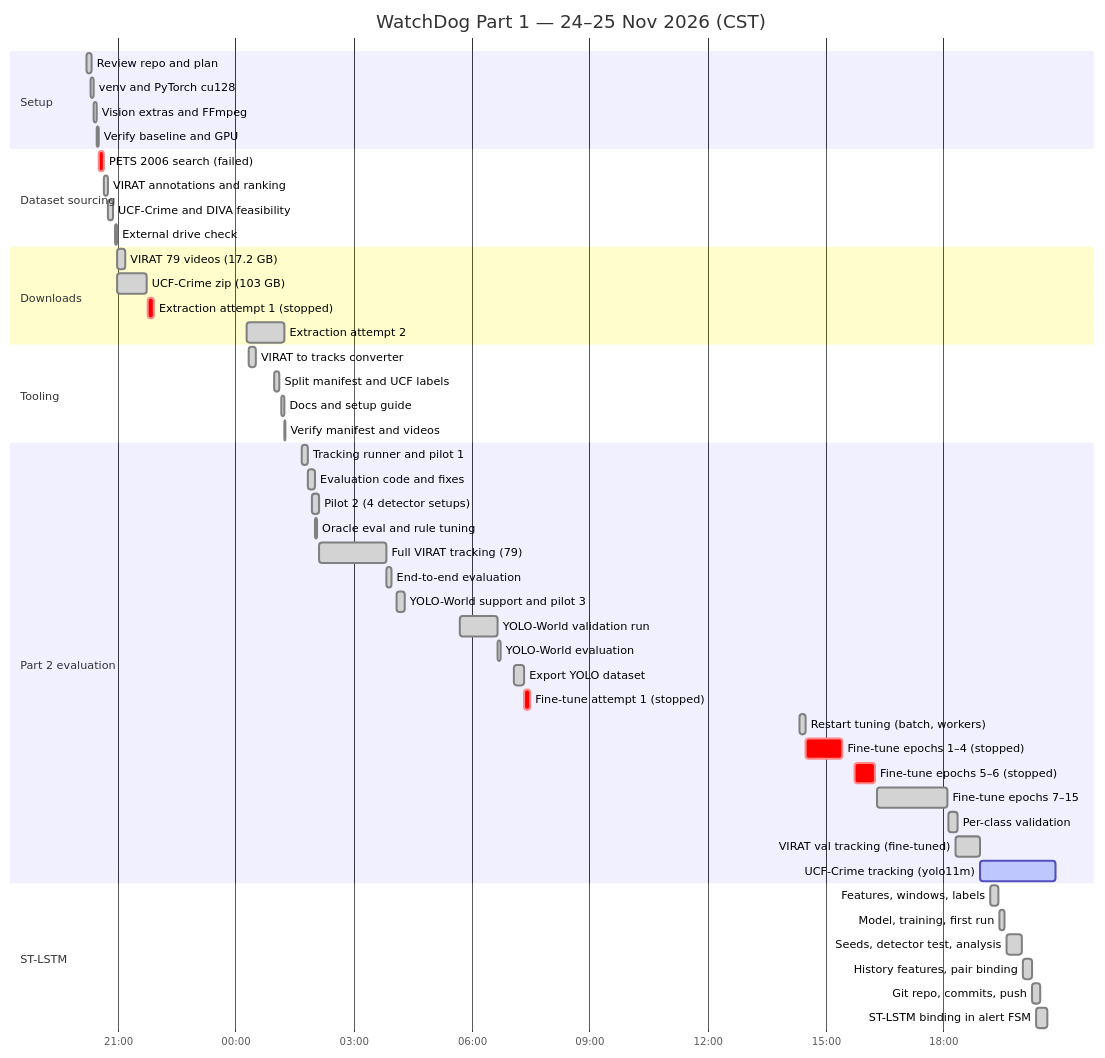
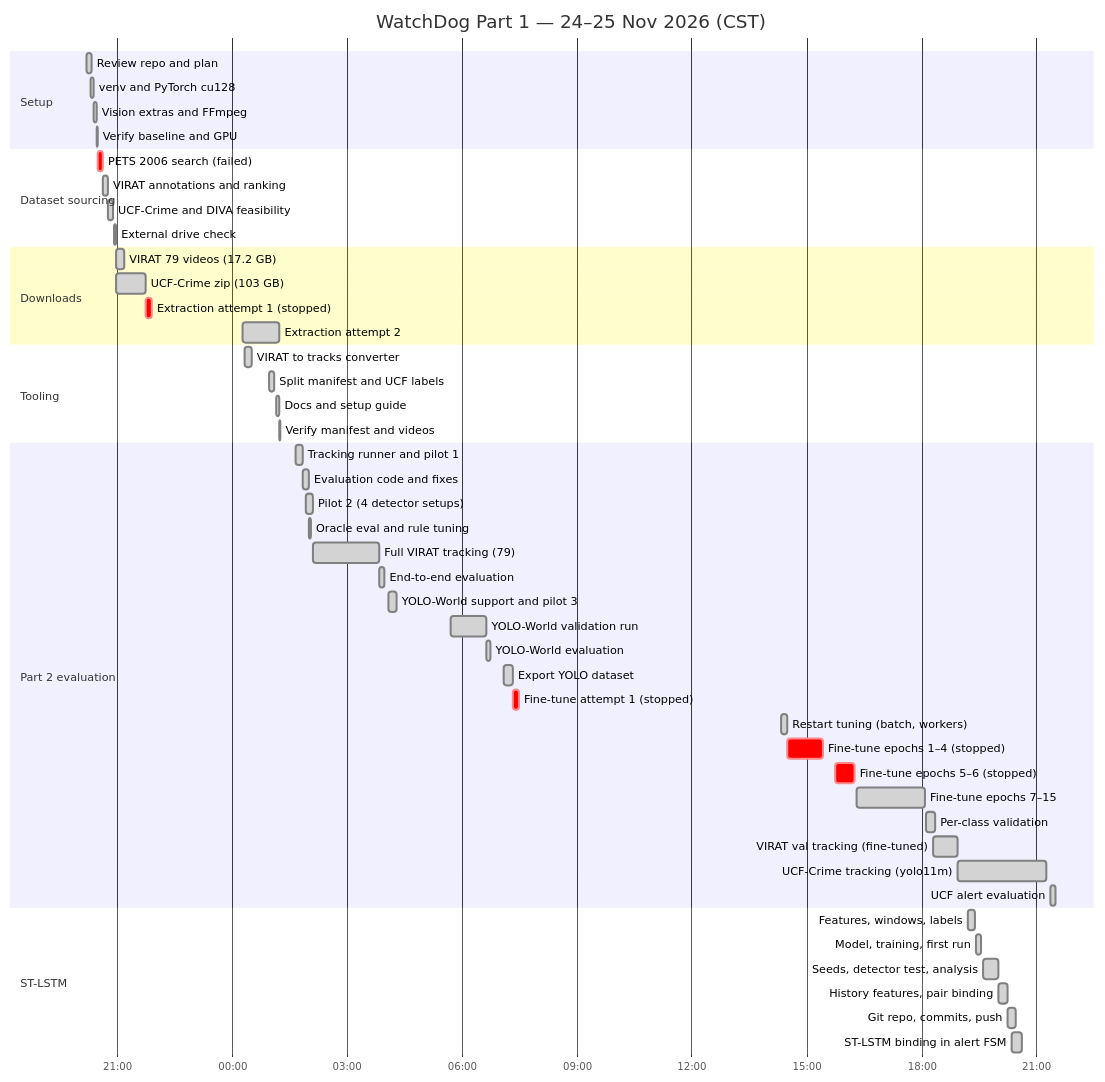
The diagram in docs/WORKLOG.md (Tanu1007/WatchDog), drawn with Mermaid before and after one commit. The commit also changed other lines of this file and 10 other files, not shown here.

First line of the commit message:
UCF-Crime alert evaluation; sparse track storage for long videos

````diff
--- a/docs/WORKLOG.md
+++ b/docs/WORKLOG.md
@@ -29,52 +31,53 @@
 ```mermaid
 gantt
     title WatchDog Part 1 — 24–25 Nov 2026 (CST)
     dateFormat YYYY-MM-DD HH:mm
     axisFormat %H:%M
     section Setup
     Review repo and plan           :done, 2026-11-24 20:12, 8m
     venv and PyTorch cu128         :done, 2026-11-24 20:18, 5m
     Vision extras and FFmpeg       :done, 2026-11-24 20:23, 5m
     Verify baseline and GPU        :done, 2026-11-24 20:28, 2m
     section Dataset sourcing
     PETS 2006 search (failed)      :crit, 2026-11-24 20:30, 8m
     VIRAT annotations and ranking  :done, 2026-11-24 20:38, 7m
     UCF-Crime and DIVA feasibility :done, 2026-11-24 20:45, 8m
     External drive check           :done, 2026-11-24 20:55, 4m
     section Downloads
     VIRAT 79 videos (17.2 GB)      :done, 2026-11-24 20:59, 12m
     UCF-Crime zip (103 GB)         :done, 2026-11-24 20:59, 45m
     Extraction attempt 1 (stopped) :crit, 2026-11-24 21:45, 10m
     Extraction attempt 2           :done, 2026-11-25 00:16, 58m
     section Tooling
     VIRAT to tracks converter      :done, 2026-11-25 00:19, 12m
     Split manifest and UCF labels  :done, 2026-11-25 00:58, 8m
     Docs and setup guide           :done, 2026-11-25 01:09, 5m
     Verify manifest and videos     :done, 2026-11-25 01:14, 1m
     section Part 2 evaluation
     Tracking runner and pilot 1    :done, 2026-11-25 01:40, 10m
     Evaluation code and fixes      :done, 2026-11-25 01:50, 10m
     Pilot 2 (4 detector setups)    :done, 2026-11-25 01:56, 11m
     Oracle eval and rule tuning    :done, 2026-11-25 02:00, 4m
     Full VIRAT tracking (79)       :done, 2026-11-25 02:07, 103m
     End-to-end evaluation          :done, 2026-11-25 03:50, 8m
     YOLO-World support and pilot 3 :done, 2026-11-25 04:05, 12m
     YOLO-World validation run      :done, 2026-11-25 05:42, 57m
     YOLO-World evaluation          :done, 2026-11-25 06:39, 5m
     Export YOLO dataset            :done, 2026-11-25 07:05, 15m
     Fine-tune attempt 1 (stopped)  :crit, 2026-11-25 07:20, 10m
     Restart tuning (batch, workers):done, 2026-11-25 14:20, 9m
     Fine-tune epochs 1–4 (stopped) :crit, 2026-11-25 14:29, 56m
     Fine-tune epochs 5–6 (stopped) :crit, 2026-11-25 15:45, 30m
     Fine-tune epochs 7–15          :done, 2026-11-25 16:18, 108m
     Per-class validation           :done, 2026-11-25 18:07, 15m
     VIRAT val tracking (fine-tuned):done, 2026-11-25 18:18, 38m
-    UCF-Crime tracking (yolo11m)   :active, 2026-11-25 18:56, 115m
+    UCF-Crime tracking (yolo11m)   :done, 2026-11-25 18:56, 140m
+    UCF alert evaluation           :done, 2026-11-25 21:22, 8m
     section ST-LSTM
     Features, windows, labels      :done, 2026-11-25 19:12, 12m
     Model, training, first run     :done, 2026-11-25 19:26, 7m
     Seeds, detector test, analysis :done, 2026-11-25 19:36, 24m
     History features, pair binding :done, 2026-11-25 20:01, 14m
     Git repo, commits, push        :done, 2026-11-25 20:15, 12m
     ST-LSTM binding in alert FSM   :done, 2026-11-25 20:22, 16m
 ```
````
